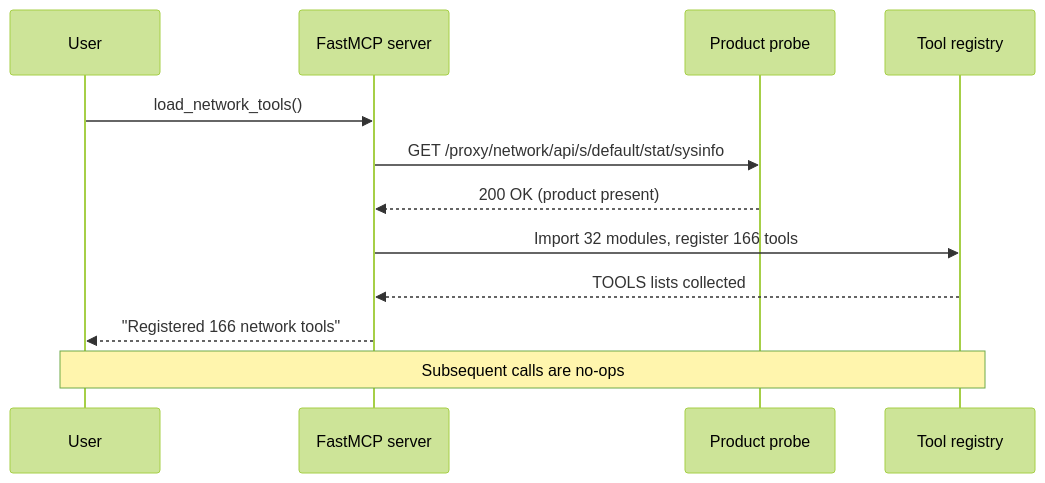
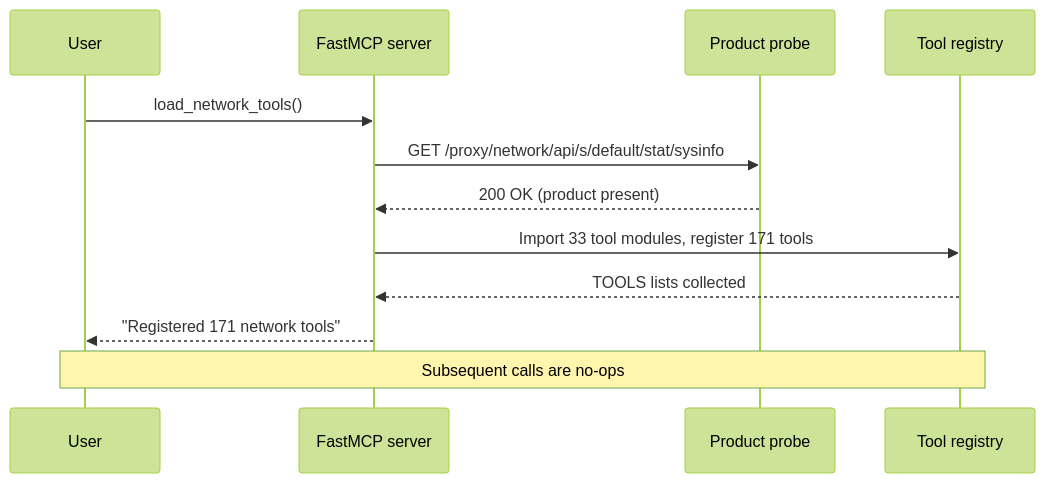
Before and after one commit to chris2ao/unifi-mcp: the second of 3 diagrams in README.md, drawn with Mermaid (forest theme). The commit also changed other lines of this file and 7 other files, not shown here.

````diff
--- a/README.md
+++ b/README.md
@@ -326,14 +327,14 @@
 ```mermaid
 sequenceDiagram
     participant User
     participant MCP as FastMCP server
     participant Probe as Product probe
     participant Tools as Tool registry
     User->>MCP: load_network_tools()
     MCP->>Probe: GET /proxy/network/api/s/default/stat/sysinfo
     Probe-->>MCP: 200 OK (product present)
-    MCP->>Tools: Import 32 modules, register 166 tools
+    MCP->>Tools: Import 33 tool modules, register 171 tools
     Tools-->>MCP: TOOLS lists collected
-    MCP-->>User: "Registered 166 network tools"
+    MCP-->>User: "Registered 171 network tools"
     Note over User,Tools: Subsequent calls are no-ops
 ```
````
